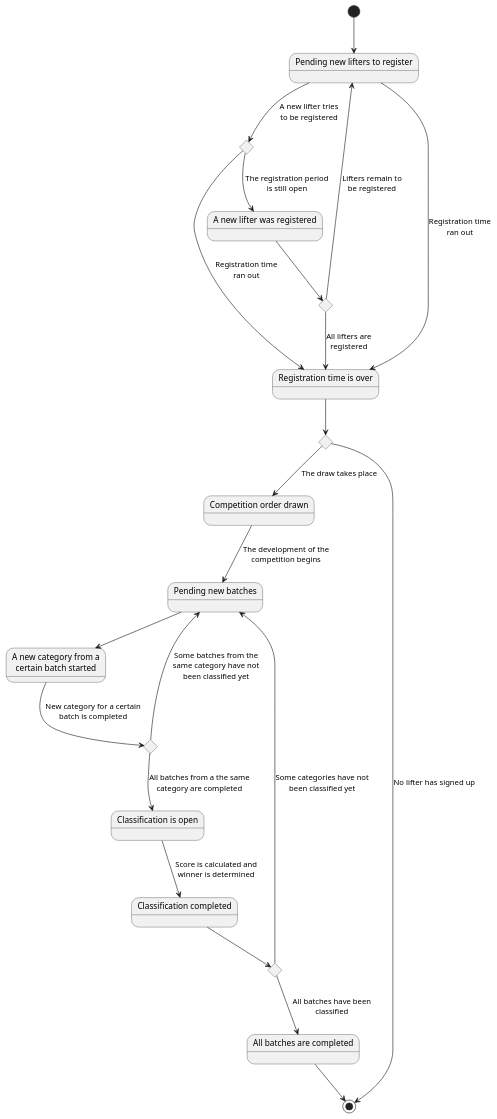
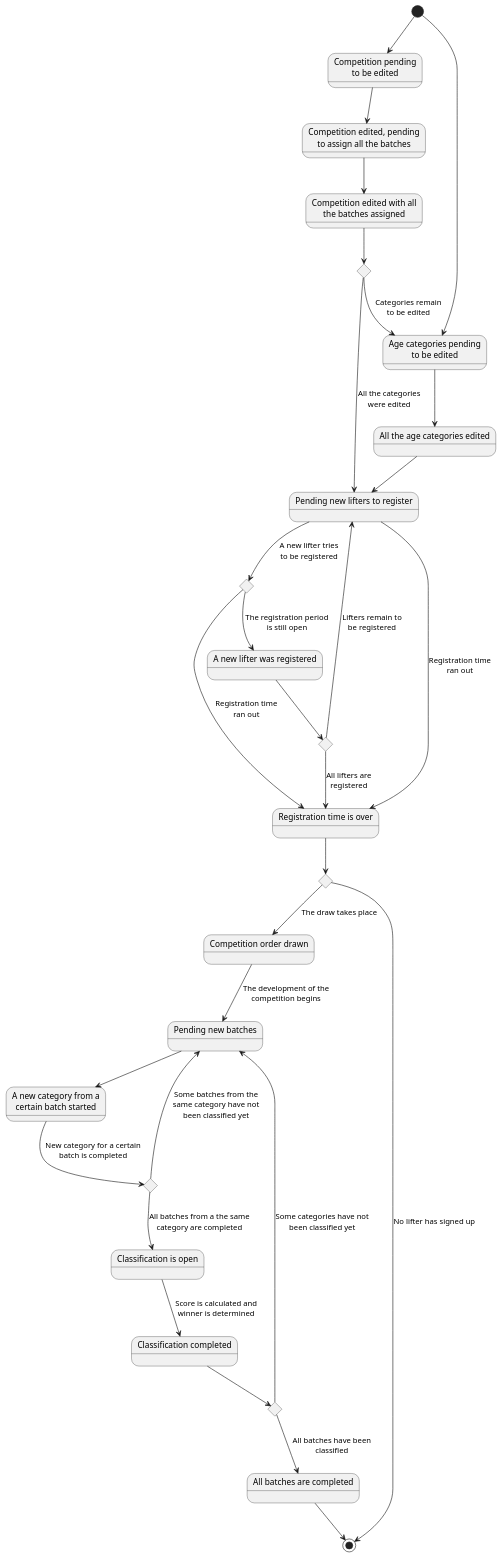
Before and after one commit to zuldare/mastercloud_pfm_halterocms: the diagram in diagrams/states/1-competitionStates.puml, drawn with PlantUML.

Commit message:
Add competition creation states

```diff
--- a/diagrams/states/1-competitionStates.puml
+++ b/diagrams/states/1-competitionStates.puml
@@ -1,40 +1,58 @@
 @startuml
+state "Competition pending\nto be edited" as PedingCompetition
+state "Competition edited, pending\nto assign all the batches" as PedingAssignBatches
+state "Competition edited with all\nthe batches assigned" as CompetitionEdited
+
+state "Age categories pending\nto be edited" as PendingCategories
+state "All the age categories edited" as CategoriesEdited
+
+state MoreCategoriesToEditCHC <<choice>>
+
 state "Pending new lifters to register" as PendingLiftersToRegister
 state "Is the registration time still open?" as IsRegistrationOpenCHC <<choice>>
 state "More lifters to register pending?" as MoreLiftersToRegisterCHC <<choice>>
 state "A new lifter was registered" as NewLifterRegistered
 state "Registration time is over" as RegistrationTimeOver
 state "Is there any lifter registered?" as AnyLiftersRegisteredCHC <<choice>>
 state "Competition order drawn" as CompetitionOrderDrawn
 state "Pending new batches" as PendingNewBatch
 state "A new category from a\ncertain batch started" as StartedNewBatchCategory
 state "More batches pending?" as MoreCategoryBatchesCHC <<choice>>
 state "Classification is open" as OpenClassification
 state "Classification completed" as CompletedClassification
 state "More batches from other categories pending?" as MoreBatchesCHC <<choice>>
 state "All batches are completed" as CompletedBatches
 
-[*] --> PendingLiftersToRegister
+[*] --> PedingCompetition
+[*] --> PendingCategories
+PendingCategories --> CategoriesEdited
+PedingCompetition --> PedingAssignBatches
+PedingAssignBatches --> CompetitionEdited
+CompetitionEdited --> MoreCategoriesToEditCHC
+MoreCategoriesToEditCHC --> PendingLiftersToRegister : All the categories\nwere edited
+MoreCategoriesToEditCHC --> PendingCategories : Categories remain\nto be edited
+CategoriesEdited --> PendingLiftersToRegister
+
 PendingLiftersToRegister --> IsRegistrationOpenCHC : A new lifter tries\nto be registered
 IsRegistrationOpenCHC --> RegistrationTimeOver : Registration time\nran out
 IsRegistrationOpenCHC --> NewLifterRegistered : The registration period\nis still open
 NewLifterRegistered --> MoreLiftersToRegisterCHC
 MoreLiftersToRegisterCHC --> PendingLiftersToRegister : Lifters remain to\nbe registered
 MoreLiftersToRegisterCHC --> RegistrationTimeOver : All lifters are\nregistered
 PendingLiftersToRegister --> RegistrationTimeOver : Registration time\nran out
 RegistrationTimeOver --> AnyLiftersRegisteredCHC
 AnyLiftersRegisteredCHC --> CompetitionOrderDrawn : The draw takes place
 AnyLiftersRegisteredCHC --> [*] : No lifter has signed up
 CompetitionOrderDrawn --> PendingNewBatch : The development of the\ncompetition begins
 
 PendingNewBatch --> StartedNewBatchCategory
 StartedNewBatchCategory --> MoreCategoryBatchesCHC : New category for a certain\nbatch is completed
 
 MoreCategoryBatchesCHC --> PendingNewBatch : Some batches from the\nsame category have not\nbeen classified yet
 MoreCategoryBatchesCHC --> OpenClassification : All batches from a the same\ncategory are completed
 OpenClassification --> CompletedClassification : Score is calculated and\nwinner is determined
 CompletedClassification --> MoreBatchesCHC
 MoreBatchesCHC --> PendingNewBatch : Some categories have not\nbeen classified yet
 MoreBatchesCHC --> CompletedBatches : All batches have been\nclassified
 CompletedBatches --> [*]
 @enduml
```
